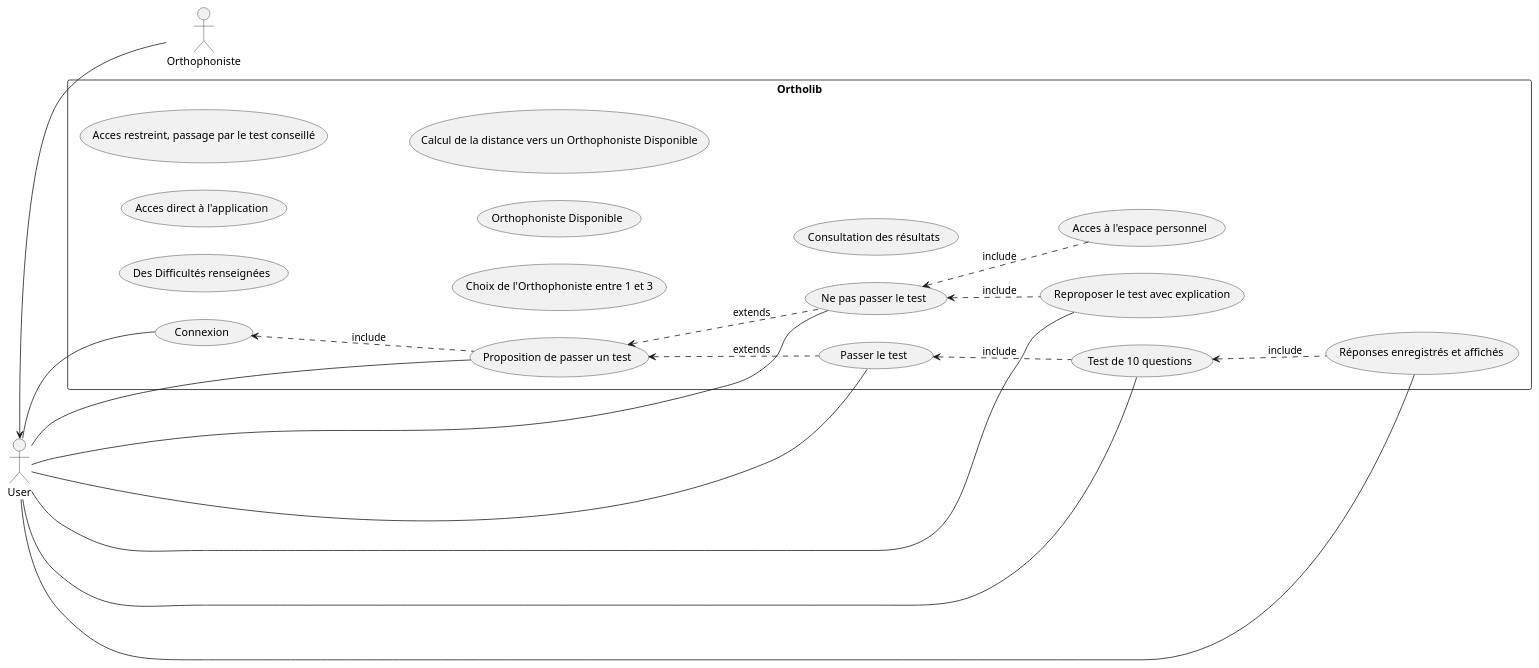
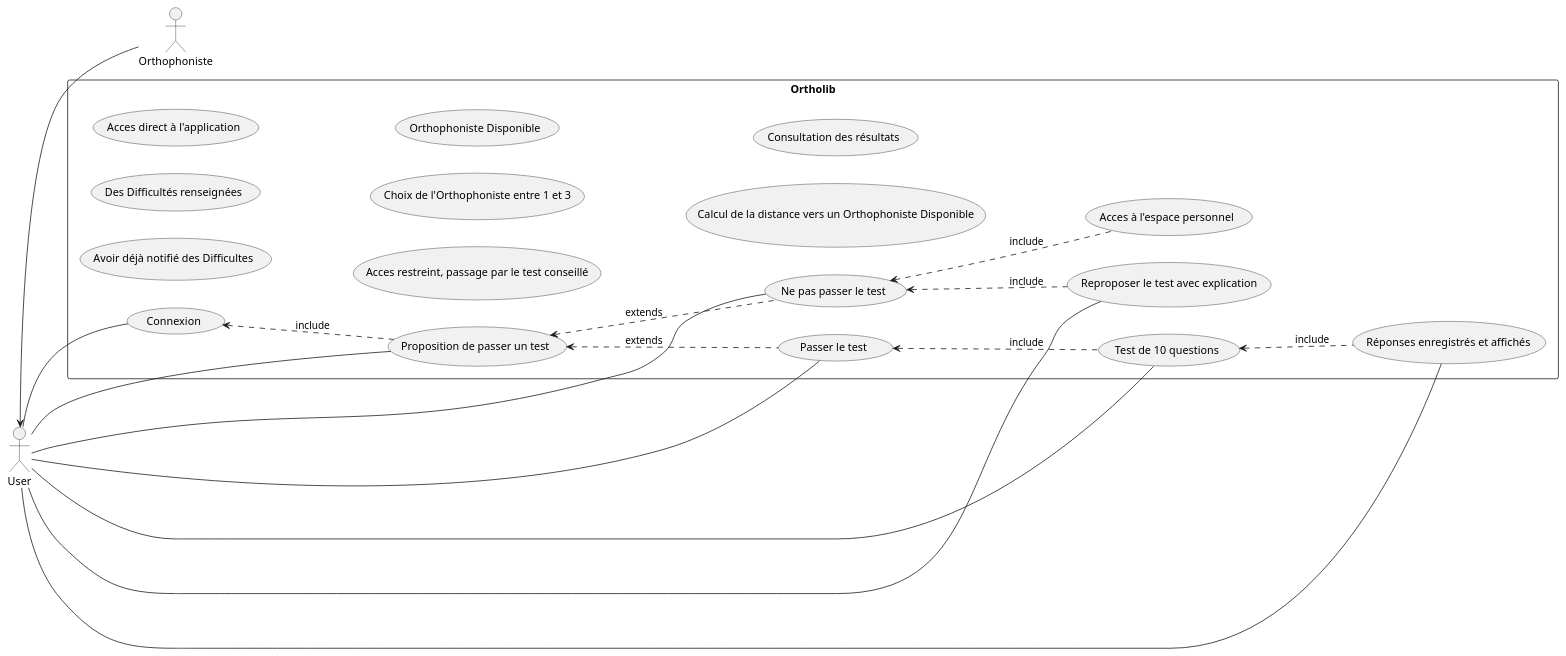
One commit to elamranibilel/Ortholib changed the diagram in analyse/UML/Fonctionnel/utilisateur.wsd. Above: the diagram before and after it, drawn with PlantUML. The commit also changed 2 other files, not shown here.

```diff
--- a/analyse/UML/Fonctionnel/utilisateur.wsd
+++ b/analyse/UML/Fonctionnel/utilisateur.wsd
@@ -1,48 +1,49 @@
 @startuml Application_User
 
 left to right direction
 
 actor User 
 actor Orthophoniste
 
 rectangle Ortholib {
     usecase (Connexion) as Connexion
     usecase (Proposition de passer un test) as PropositionTest
     usecase (Passer le test) as PasserTest
     usecase (Ne pas passer le test) as NonPasserTest
     usecase (Reproposer le test avec explication) as Reproposer
+    usecase (Avoir déjà notifié des Difficultes )
     usecase (Test de 10 questions) as TestQuestions
     usecase (Réponses enregistrés et affichés) as Reponses 
     usecase (Des Difficultés renseignées) as Difficultes
     usecase (Acces direct à l'application) as AccesDirect
     usecase (Acces restreint, passage par le test conseillé) as AccesRestreint
     usecase (Choix de l'Orthophoniste entre 1 et 3) as ChoixOrthophoniste
     usecase (Orthophoniste Disponible) as DispoOthophoniste
     usecase (Acces à l'espace personnel) as EspacePersonnel
     usecase (Calcul de la distance vers un Orthophoniste Disponible) as DistanceOrthophoniste
     usecase (Consultation des résultats) as ConsultationResultats
 }
 
 /' ACTOR -- ACTOR '/
 User <-- Orthophoniste
 
 /' ACTOR -- USECASE '/
 User -- Connexion
 User -- PropositionTest
 User -- PasserTest
 User -- NonPasserTest
 User -- Reproposer
 User -- TestQuestions
 User -- Reponses
 
 /' USECASE -- USECASE '/ 
 Connexion <.. PropositionTest : include
 PropositionTest <.. PasserTest : extends
 PropositionTest <.. NonPasserTest : extends
 NonPasserTest <.. Reproposer : include
 NonPasserTest <.. EspacePersonnel : include
 PasserTest <.. TestQuestions : include
 TestQuestions <.. Reponses : include
 
 
 @enduml
```
